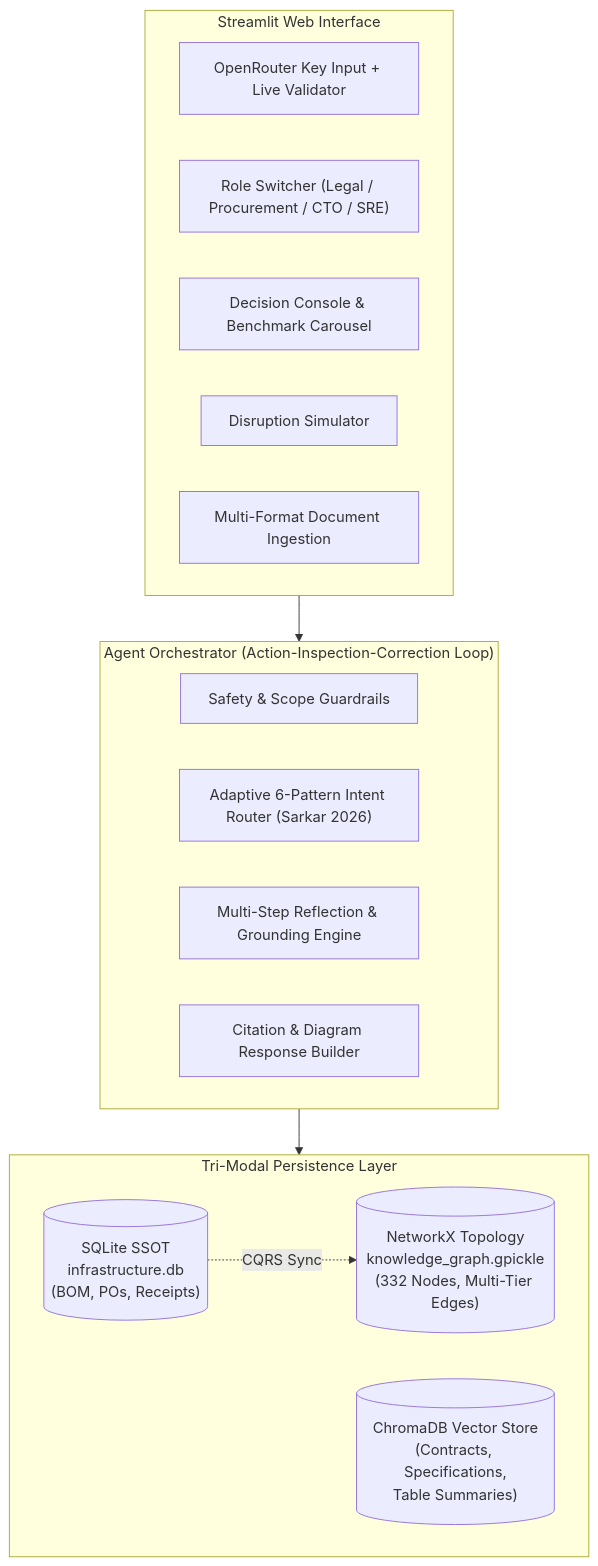
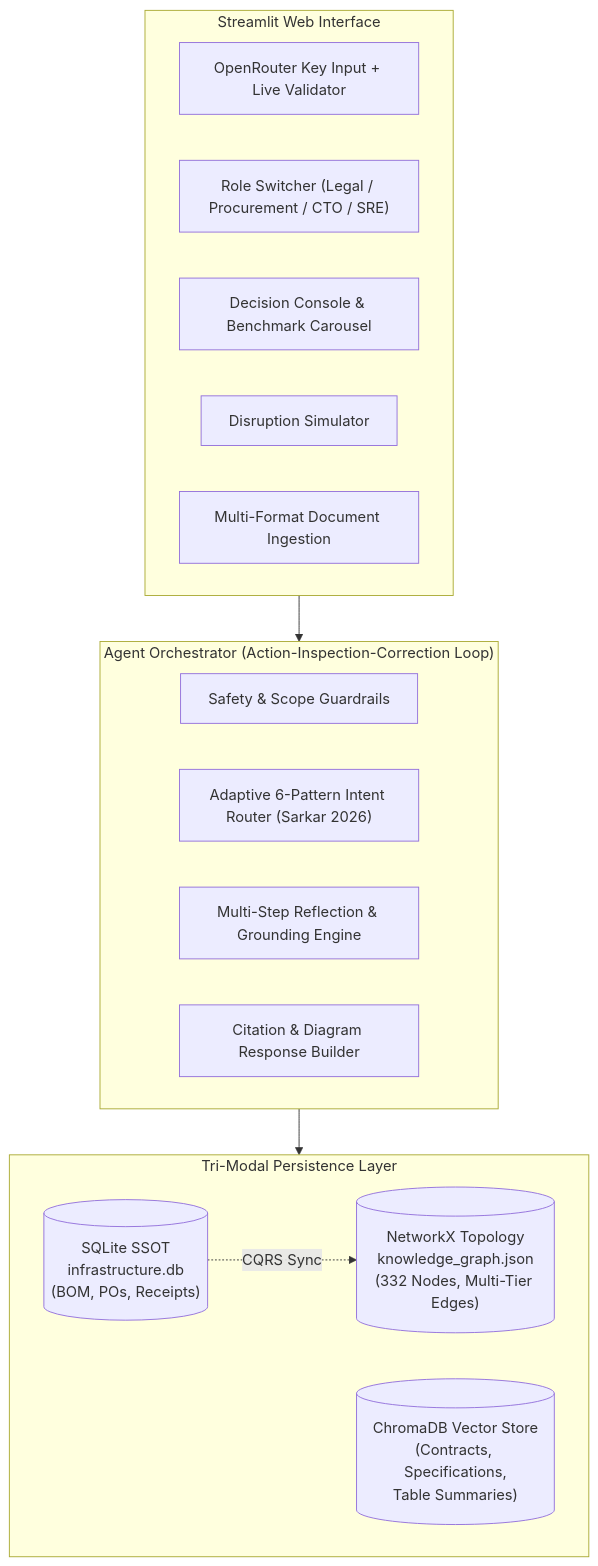
One commit to tdk67/rag6-supply-chain changed the diagram in README.md. Above: the diagram before and after it, drawn with Mermaid. The commit also changed other lines of this file and 1 other file, not shown here.

````diff
--- a/README.md
+++ b/README.md
@@ -42,27 +44,27 @@
 ```mermaid
 flowchart TD
     subgraph UI ["Streamlit Web Interface"]
         APIKey["OpenRouter Key Input + Live Validator"]
         Persona["Role Switcher (Legal / Procurement / CTO / SRE)"]
         Console["Decision Console & Benchmark Carousel"]
         Sim["Disruption Simulator"]
         Ingest["Multi-Format Document Ingestion"]
     end
 
     subgraph Core ["Agent Orchestrator (Action-Inspection-Correction Loop)"]
         Guard["Safety & Scope Guardrails"]
         Router["Adaptive 6-Pattern Intent Router (Sarkar 2026)"]
         Reflect["Multi-Step Reflection & Grounding Engine"]
         Builder["Citation & Diagram Response Builder"]
     end
 
     subgraph Storage ["Tri-Modal Persistence Layer"]
         SQL[("SQLite SSOT<br/>infrastructure.db<br/>(BOM, POs, Receipts)")]
-        Graph[("NetworkX Topology<br/>knowledge_graph.gpickle<br/>(332 Nodes, Multi-Tier Edges)")]
+        Graph[("NetworkX Topology<br/>knowledge_graph.json<br/>(332 Nodes, Multi-Tier Edges)")]
         Chroma[("ChromaDB Vector Store<br/>(Contracts, Specifications,<br/>Table Summaries)")]
     end
 
     UI --> Core
     Core --> Storage
     SQL -.->|CQRS Sync| Graph
 ```
````
